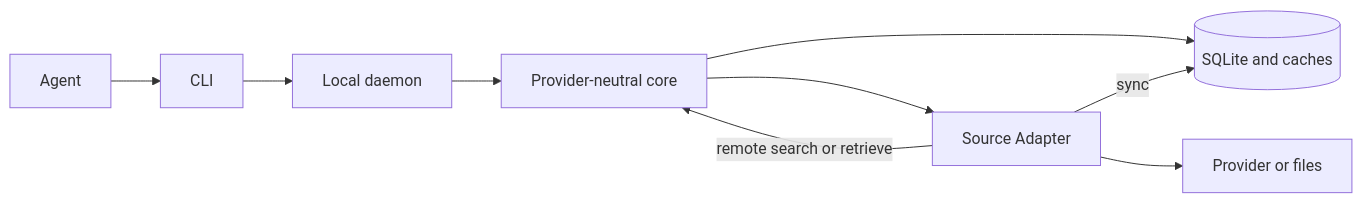
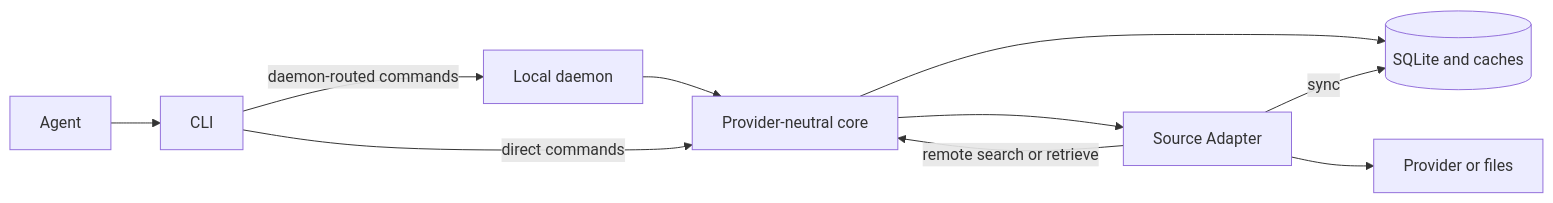
Before and after one commit to barisgit/ctxindex: the first of 2 diagrams in SYSTEM.md, drawn with Mermaid. The commit also changed other lines of this file and 2 other files, not shown here.

````diff
--- a/SYSTEM.md
+++ b/SYSTEM.md
@@ -36,8 +53,10 @@
 ```mermaid
 flowchart LR
-  Agent --> CLI --> D[Local daemon] --> Core[Provider-neutral core]
+  Agent --> CLI
+  CLI -- daemon-routed commands --> D[Local daemon] --> Core[Provider-neutral core]
+  CLI -- direct commands --> Core
   Core --> DB[(SQLite and caches)]
   Core --> A[Source Adapter] --> Canonical[Provider or files]
   A -- sync --> DB
   A -- remote search or retrieve --> Core
 ```
````
